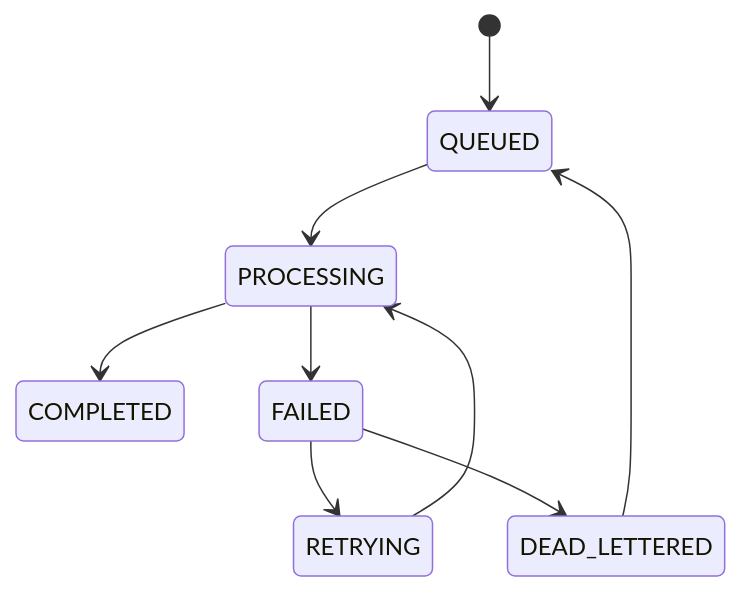
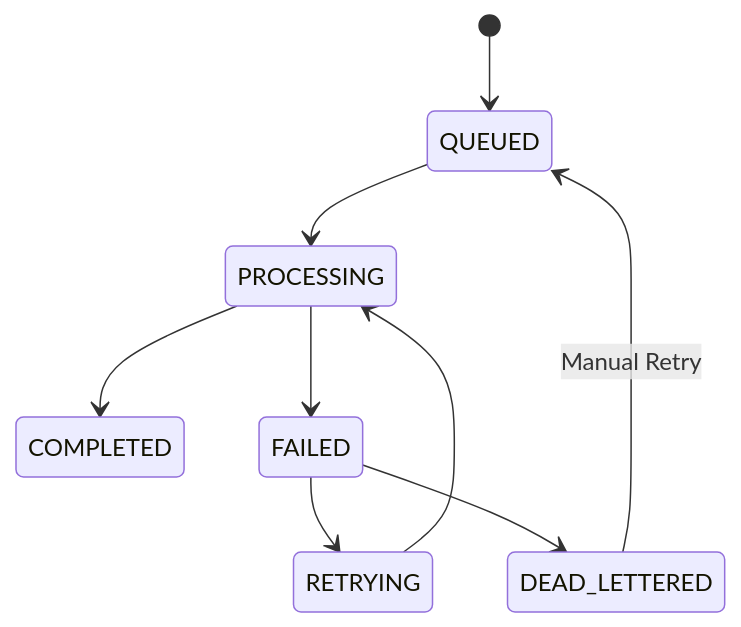
Before and after one commit to Atharvkote/spring-boot-async-processing-rabbitmq: the seventh of 23 diagrams in README.md, drawn with Mermaid. The commit also changed other lines of this file, not shown here.

````diff
--- a/README.md
+++ b/README.md
@@ -367,17 +348,17 @@
 ```mermaid
 stateDiagram-v2
 
     [*] --> QUEUED
 
     QUEUED --> PROCESSING
 
     PROCESSING --> COMPLETED
     PROCESSING --> FAILED
 
     FAILED --> RETRYING
+    RETRYING --> PROCESSING
+
     FAILED --> DEAD_LETTERED
 
-    RETRYING --> PROCESSING
-
-    DEAD_LETTERED --> QUEUED
+    DEAD_LETTERED --> QUEUED : Manual Retry
 ```
````
